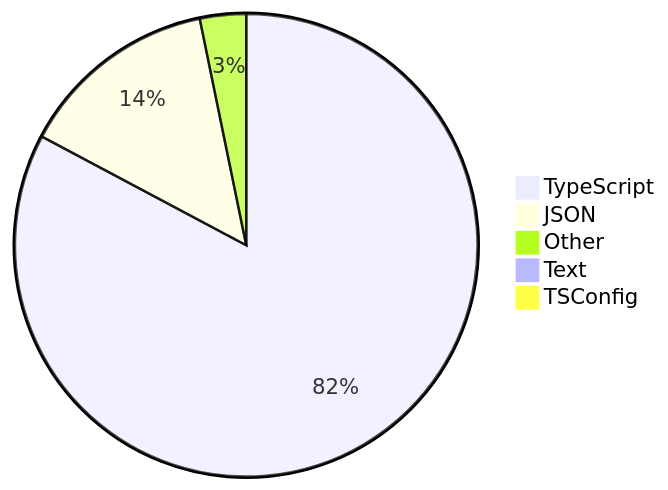
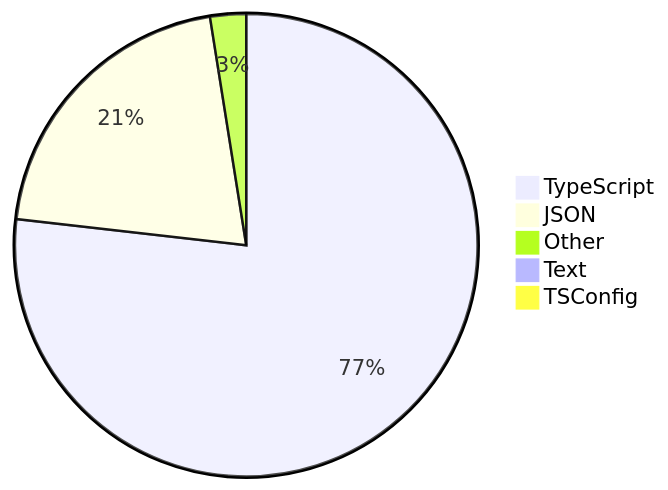
The diagram in README.md (skvggor/skvggor), drawn with Mermaid before and after one commit.

Commit message:
Updated waka-readme graph with new metrics

````diff
--- a/README.md
+++ b/README.md
@@ -28,8 +28,8 @@
 ```mermaid
 pie
-    "TypeScript" : 82.2
-    "JSON" : 13.9
-    "Other" : 3.2
-    "Text" : 0.4
-    "TSConfig" : 0.2
+    "TypeScript" : 76.5
+    "JSON" : 20.6
+    "Other" : 2.5
+    "Text" : 0.3
+    "TSConfig" : 0.1
 ```
````
